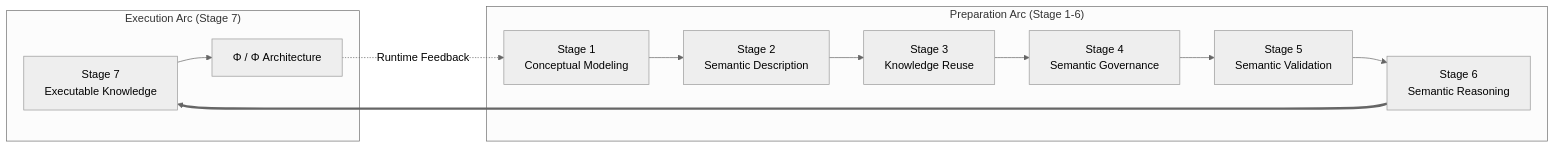
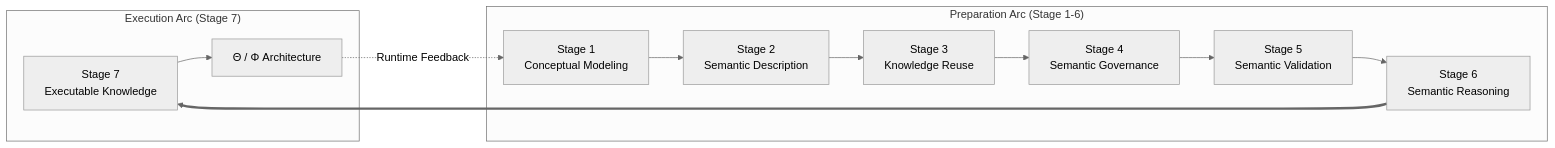
Before and after one commit to yasenstar/protege_pizza: the diagram in ebook/markdown/volume4b/ch27.md, drawn with Mermaid (neutral theme). The commit also changed other lines of this file and 1 other file, not shown here.

````diff
--- a/ebook/markdown/volume4b/ch27.md
+++ b/ebook/markdown/volume4b/ch27.md
@@ -123,26 +128,26 @@
 ```mermaid
 flowchart LR
     subgraph Exec["Execution Arc (Stage 7)"]
         S7["Stage 7<br/>Executable Knowledge"]
-        Th["Φ / Φ Architecture"]
+        Th["Θ / Φ Architecture"]
     end
 
     subgraph Prep["Preparation Arc (Stage 1-6)"]
         S1["Stage 1<br/>Conceptual Modeling"]
         S2["Stage 2<br/>Semantic Description"]
         S3["Stage 3<br/>Knowledge Reuse"]
         S4["Stage 4<br/>Semantic Governance"]
         S5["Stage 5<br/>Semantic Validation"]
         S6["Stage 6<br/>Semantic Reasoning"]
     end
 
     %% 内部流向
     S1 --> S2 --> S3 --> S4 --> S5 --> S6
     S7 --> Th
 
     %% 跨子图主干连接（强制 Prep 指向 Exec）
     S6 ==> S7
 
     %% 回环反馈（使用虚线降低权重，避免把图拉乱）
     Th -.->|Runtime Feedback| S1
 ```
````
